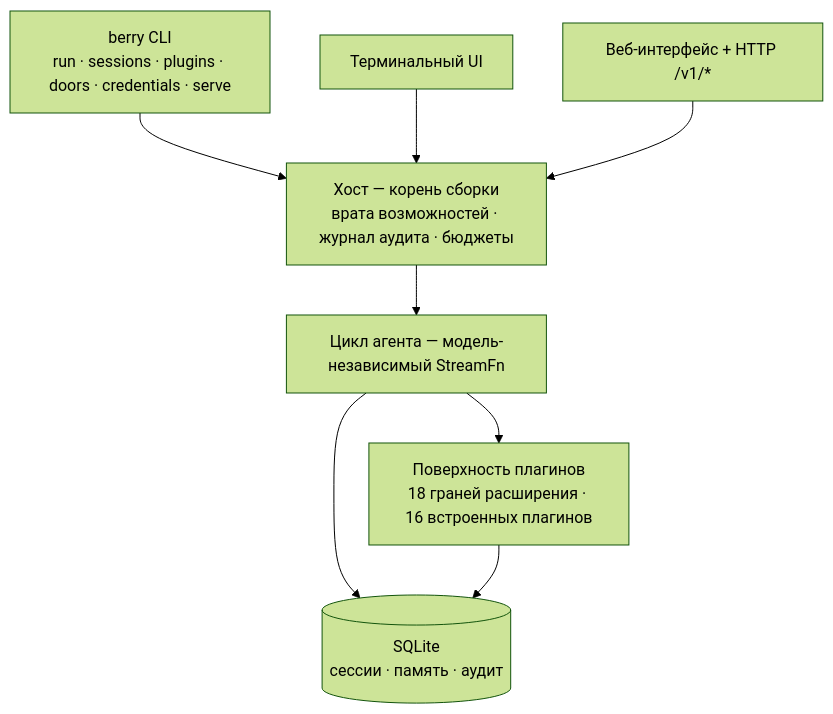
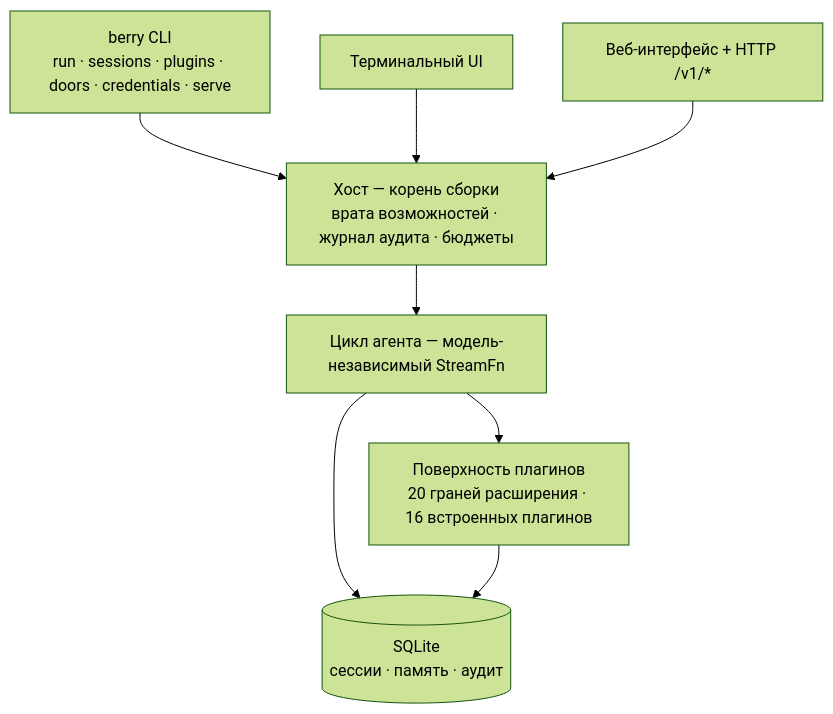
One commit to miuiadmin/berry-agent changed the diagram in README.ru.md. Above: the diagram before and after it, drawn with Mermaid (forest theme). The commit also changed other lines of this file and 11 other files, not shown here.

````diff
--- a/README.ru.md
+++ b/README.ru.md
@@ -138,17 +138,17 @@
 ```mermaid
 graph TD
     CLI["berry CLI<br/>run · sessions · plugins · doors · credentials · serve"]
     TUI["Терминальный UI"]
     WEB["Веб-интерфейс + HTTP /v1/*"]
     HOST["Хост — корень сборки<br/>врата возможностей · журнал аудита · бюджеты"]
     LOOP["Цикл агента — модель-независимый StreamFn"]
-    PLUGINS["Поверхность плагинов<br/>18 граней расширения · 16 встроенных плагинов"]
+    PLUGINS["Поверхность плагинов<br/>20 граней расширения · 16 встроенных плагинов"]
     STORE[("SQLite<br/>сессии · память · аудит")]
     CLI --> HOST
     TUI --> HOST
     WEB --> HOST
     HOST --> LOOP
     LOOP --> PLUGINS
     LOOP --> STORE
     PLUGINS --> STORE
 ```
````
